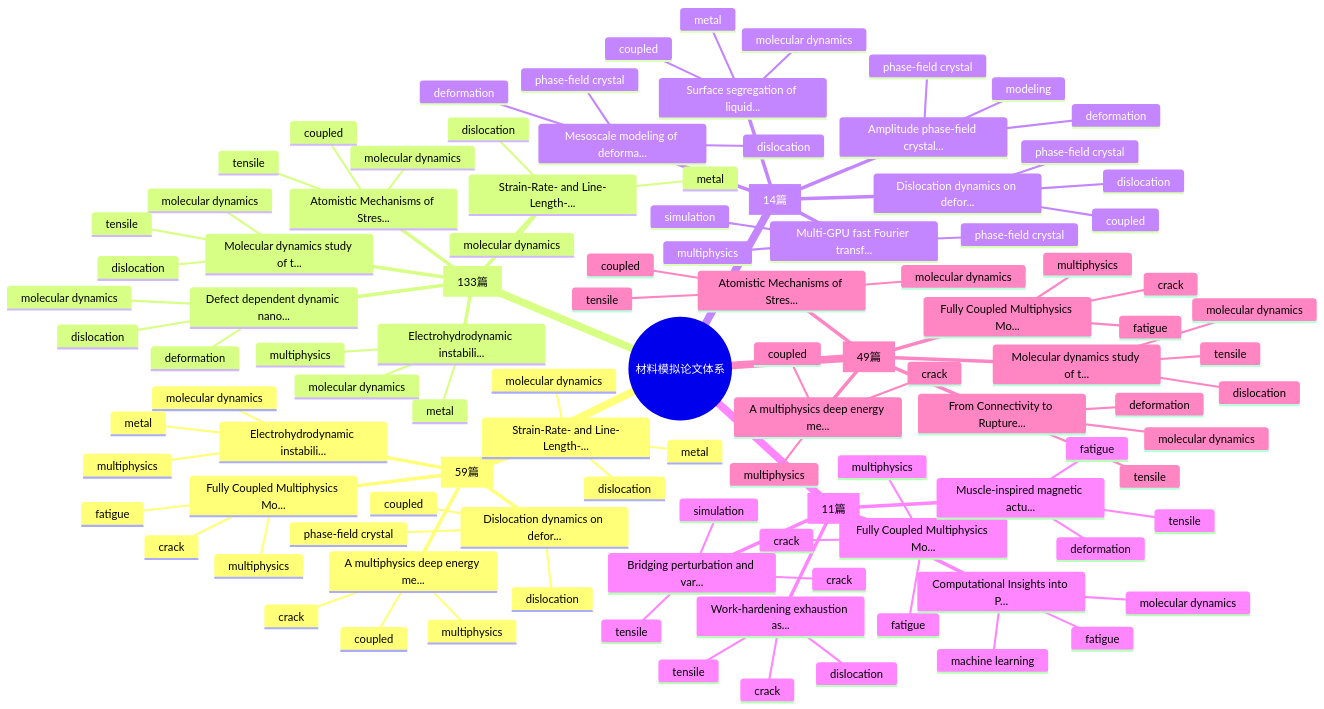
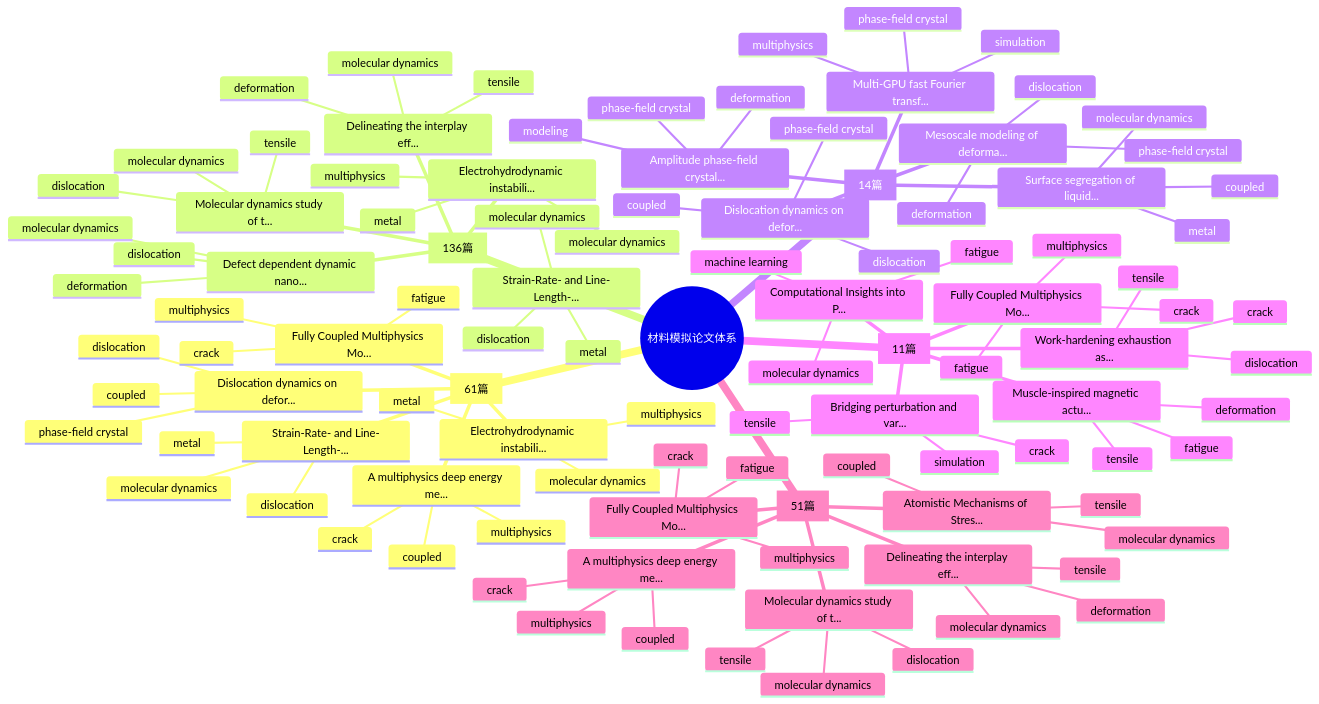
The first of 2 diagrams in reports/knowledge_graph.md (Shirakawa11111/BJK_readpaper), drawn with Mermaid before and after one commit. The commit also changed other lines of this file and 11 other files, not shown here.

````diff
--- a/reports/knowledge_graph.md
+++ b/reports/knowledge_graph.md
@@ -7,7 +7,7 @@
 ```mermaid
 mindmap
   root((材料模拟论文体系))
-    Multiphysics Coupling [59篇]
+    Multiphysics Coupling [61篇]
       Fully Coupled Multiphysics Mo...
         fatigue
         multiphysics
@@ -28,7 +28,7 @@
         molecular dynamics
         dislocation
         metal
-    Molecular Dynamics [133篇]
+    Molecular Dynamics [136篇]
       Molecular dynamics study of t...
         molecular dynamics
         dislocation
@@ -41,14 +41,14 @@
         molecular dynamics
         dislocation
         deformation
+      Delineating the interplay eff...
+        molecular dynamics
+        tensile
+        deformation
       Strain-Rate- and Line-Length-...
         molecular dynamics
         dislocation
         metal
-      Atomistic Mechanisms of Stres...
-        molecular dynamics
-        tensile
-        coupled
     Phase-Field Crystal [14篇]
       Dislocation dynamics on defor...
         phase-field crystal
@@ -91,7 +91,7 @@
         crack
         tensile
         simulation
-    Tensile / Deformation Simulation [49篇]
+    Tensile / Deformation Simulation [51篇]
       Fully Coupled Multiphysics Mo...
         fatigue
         multiphysics
@@ -104,12 +104,12 @@
         multiphysics
         crack
         coupled
+      Delineating the interplay eff...
+        molecular dynamics
+        tensile
+        deformation
       Atomistic Mechanisms of Stres...
         molecular dynamics
         tensile
         coupled
-      From Connectivity to Rupture...
-        molecular dynamics
-        tensile
-        deformation
 ```
````
